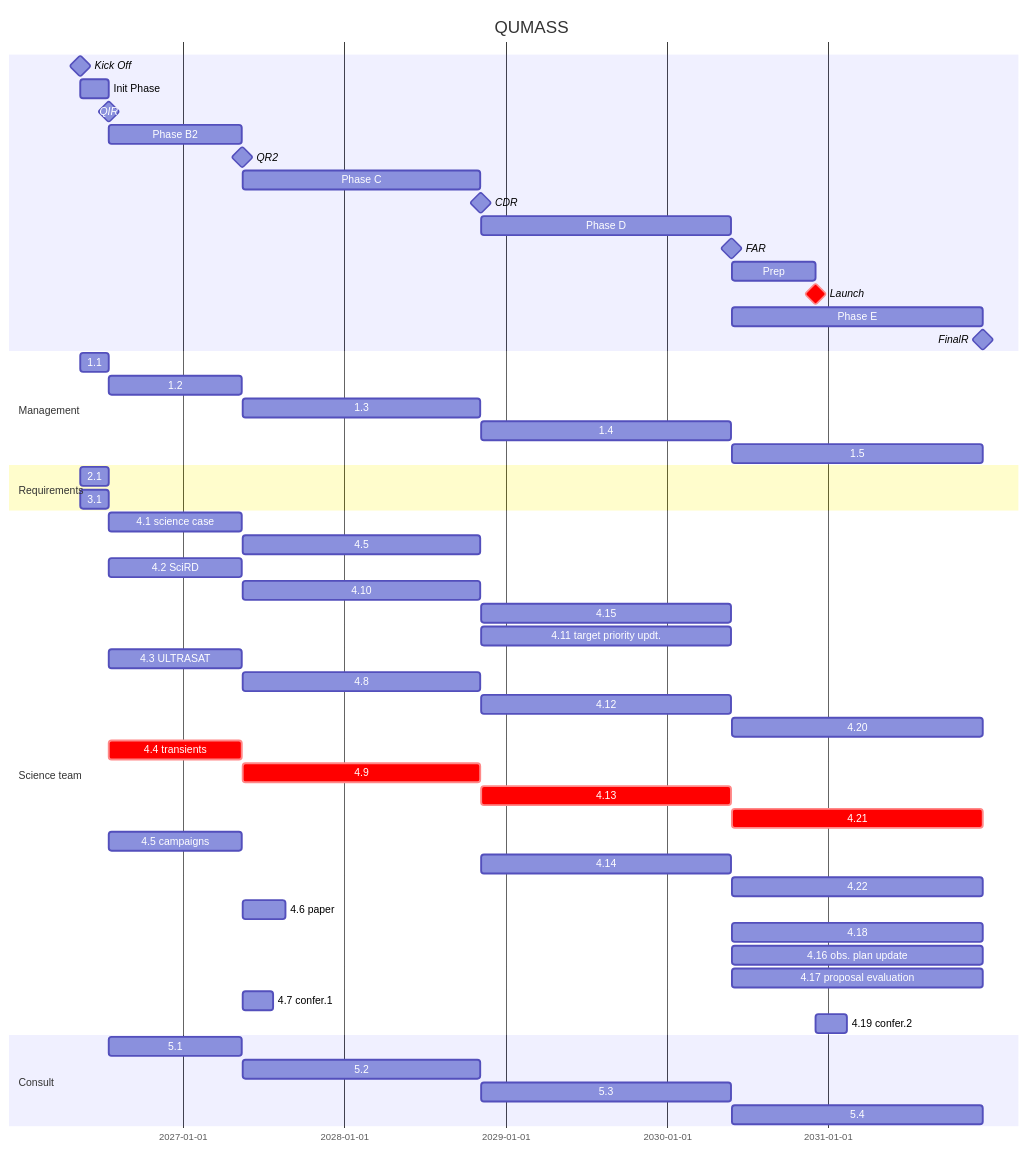
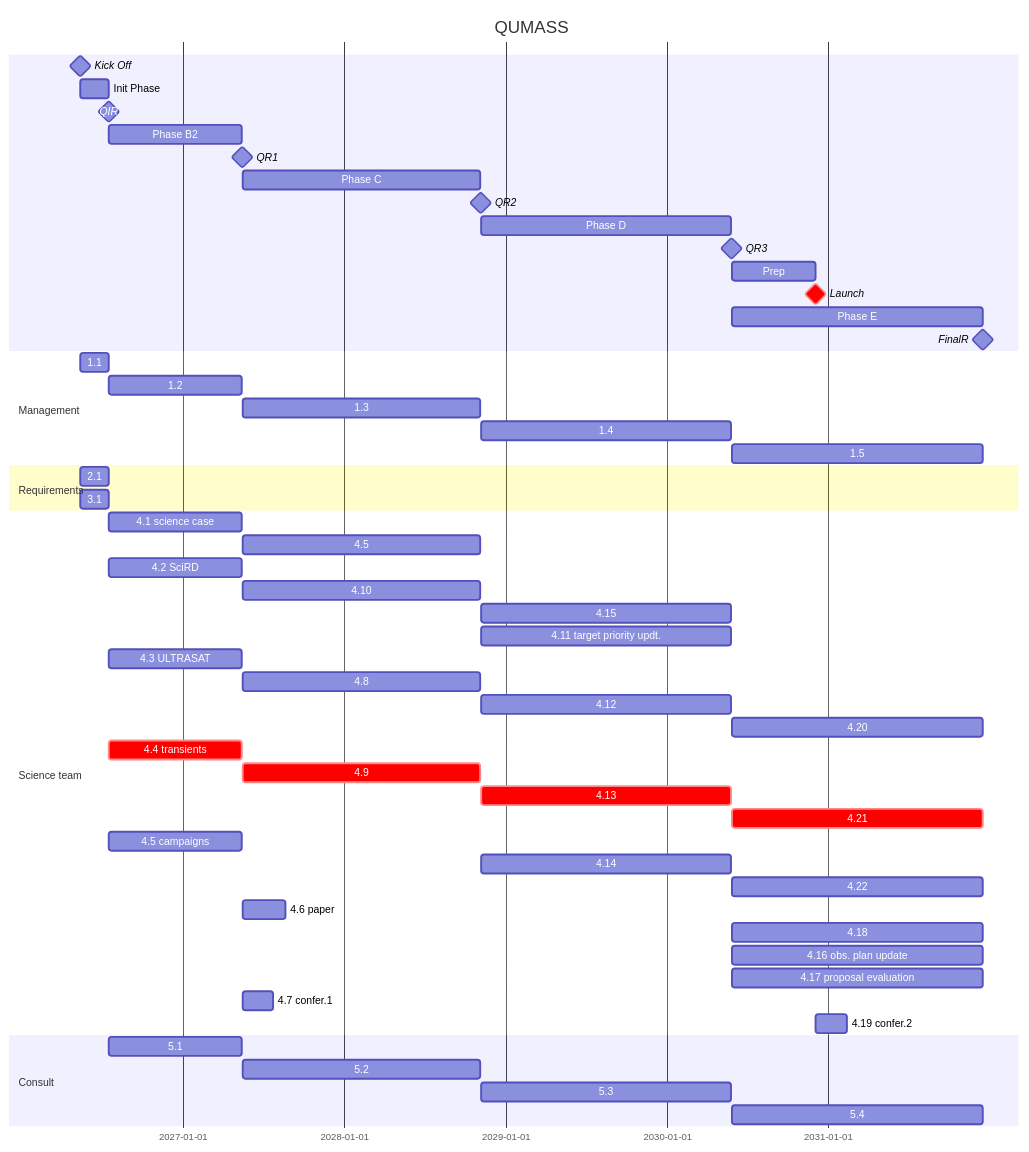
Before and after one commit to limu007/quvik: the diagram in calib/Science.md, drawn with Mermaid.

````diff
--- a/calib/Science.md
+++ b/calib/Science.md
@@ -1,58 +1,58 @@
 ```mermaid
 gantt
     title QUMASS
     dateFormat  YYYY-MM-DD
     Kick Off : milestone, ko, 2026-05-14, 1d
     Init Phase : b1, after ko, 9w
     QIR : milestone, ir, after b1, 1d
     Phase B2 : b2, after ir, 43w
-    QR2 : milestone, pdr, after b2, 1d
+    QR1 : milestone, pdr, after b2, 1d
     Phase C : c1, after pdr, 77w
-    CDR : milestone, cdr, after c1, 1d
+    QR2 : milestone, cdr, after c1, 1d
     Phase D : d1, after cdr, 81w
-    FAR : milestone, far, after d1, 1d
+    QR3 : milestone, far, after d1, 1d
     Prep : prep, after far, 27w
     Launch : crit, milestone, frr, after prep, 1d
     Phase E : e1, after far, 81w
     FinalR : milestone, fr, after e1, 1d
 
     section Management
     1.1 : after ko, until ir
     1.2 : after ir, until pdr
     1.3 : after pdr, until cdr
     1.4 : after cdr, until far
     1.5 : after far, until fr
     section Requirements
     2.1 : after ko, until ir
     3.1 : after ko, until ir
     section Science team
     4.1 science case : after ir, until pdr
     4.5 : after pdr, until cdr
     4.2 SciRD : after ir, until pdr
     4.10 : after pdr, until cdr
     4.15 : after cdr, until far
     4.11 target priority updt. : after cdr, until far
     4.3 ULTRASAT : after ir, until pdr
     4.8 : after pdr, until cdr
     4.12 : after cdr, until far
     4.20 : after far, until fr
     4.4 transients : crit, after ir, until pdr
     4.9 : crit, after pdr, until cdr
     4.13 : crit, after cdr, until far
     4.21 : crit, after far, until fr
     4.5 campaigns : after ir, until pdr
     4.14 : after cdr, until far
     4.22 : after far, until fr
     4.6 paper : after pdr, 14w
     4.18 : after far, until fr
     4.16 obs. plan update : after far, until fr
     4.17 proposal evaluation : after far, until fr
     4.7 confer.1 : after pdr, 10w
     4.19 confer.2 : after frr, 10w
     section Consult
     5.1 : after ir, until pdr
     5.2 : after pdr, until cdr
     5.3 : after cdr, until far
     5.4 : after far, until fr
 
 ```
````
